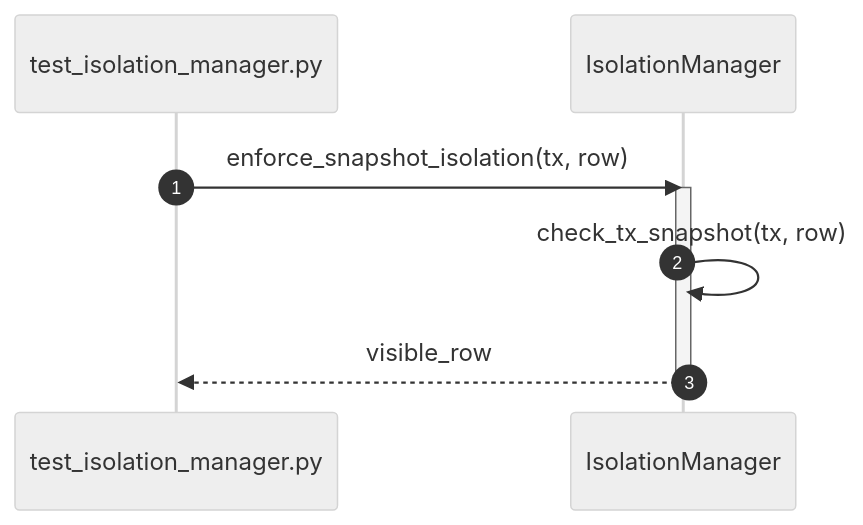
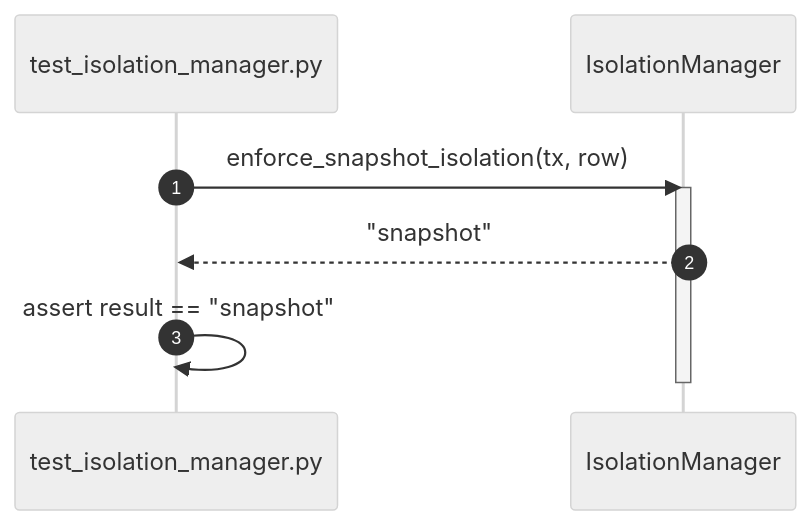
Before and after one commit to taitran501/DBMS: diagram 11 of 52 in diagrams/sequence/transaction.md, drawn with Mermaid (neutral theme). The commit also changed other lines of this file and 6 other files, not shown here.

````diff
--- a/diagrams/sequence/transaction.md
+++ b/diagrams/sequence/transaction.md
@@ -171,12 +171,12 @@
 ```mermaid
 sequenceDiagram
     autonumber
     participant Test as test_isolation_manager.py
     participant SUT as IsolationManager
 
     Test->>SUT: enforce_snapshot_isolation(tx, row)
     activate SUT
-    SUT->>SUT: check_tx_snapshot(tx, row)
-    SUT-->>Test: visible_row
+    SUT-->>Test: "snapshot"
+    Test->>Test: assert result == "snapshot"
     deactivate SUT
 ```
````
